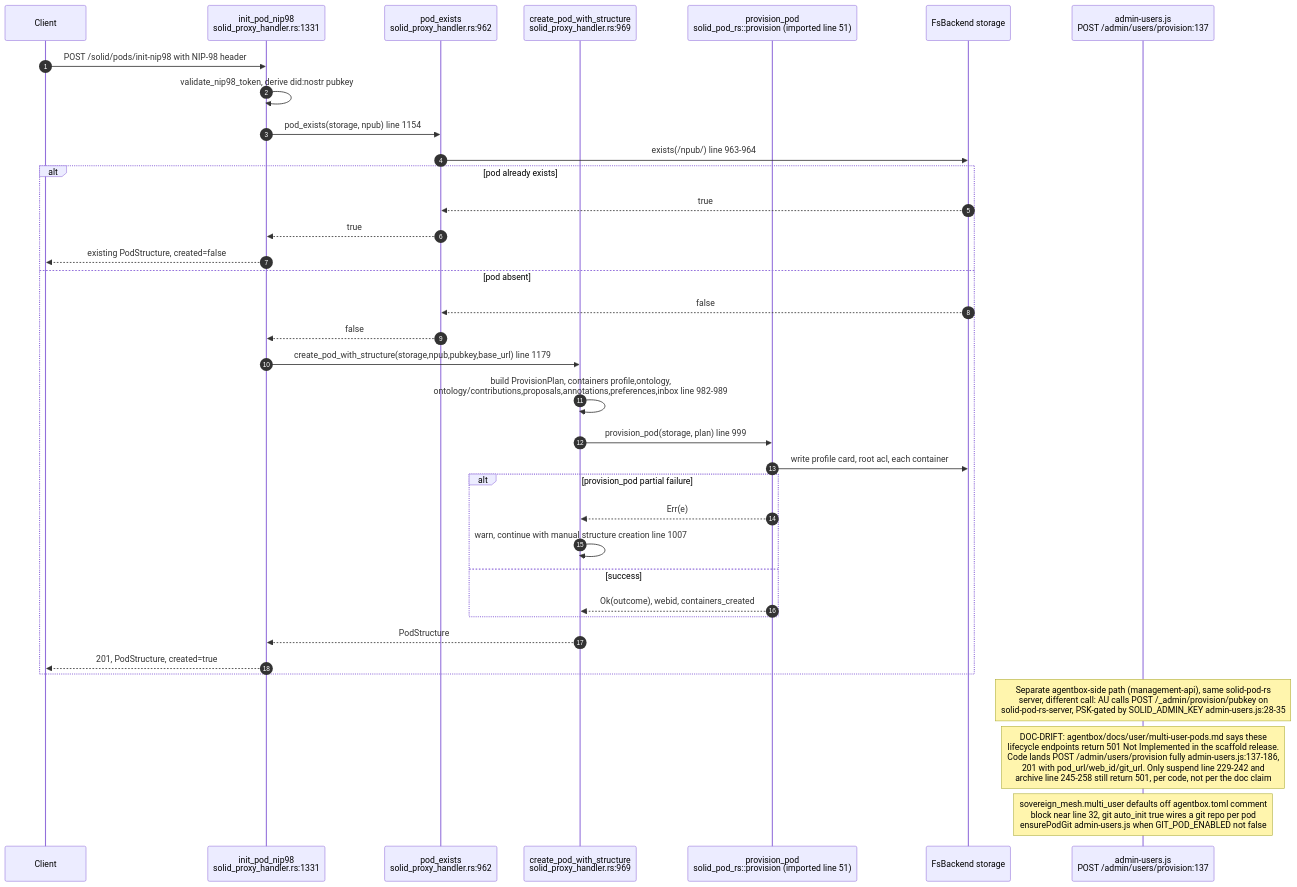
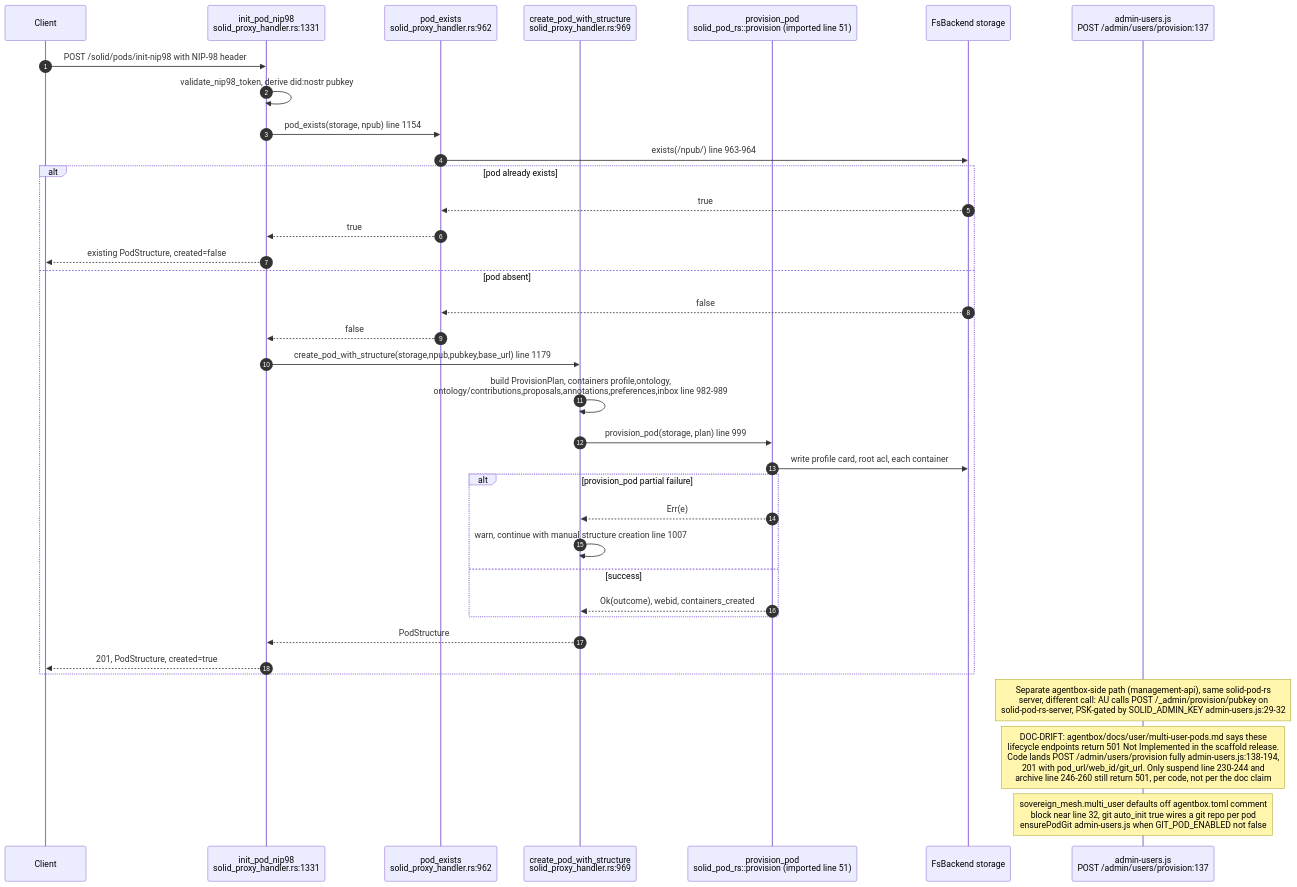
One commit to DreamLab-AI/VisionFlow changed the fifth of 13 diagrams in docs/diagrams/estate/08-solid-pod-estate.md. Above: the diagram before and after it, drawn with Mermaid. The commit also changed other lines of this file and 160 other files, not shown here.

````diff
--- a/docs/diagrams/estate/08-solid-pod-estate.md
+++ b/docs/diagrams/estate/08-solid-pod-estate.md
@@ -214,40 +218,40 @@
 ```mermaid
 sequenceDiagram
     autonumber
     participant CL as Client
     participant R as init_pod_nip98<br/>solid_proxy_handler.rs:1331
     participant PE as pod_exists<br/>solid_proxy_handler.rs:962
     participant CS as create_pod_with_structure<br/>solid_proxy_handler.rs:969
     participant PP as provision_pod<br/>solid_pod_rs::provision (imported line 51)
     participant FS as FsBackend storage
     participant AU as admin-users.js<br/>POST /admin/users/provision:137
 
     CL->>R: POST /solid/pods/init-nip98 with NIP-98 header
     R->>R: validate_nip98_token, derive did:nostr pubkey
     R->>PE: pod_exists(storage, npub) line 1154
     PE->>FS: exists(/npub/) line 963-964
     alt pod already exists
         FS-->>PE: true
         PE-->>R: true
         R-->>CL: existing PodStructure, created=false
     else pod absent
         FS-->>PE: false
         PE-->>R: false
         R->>CS: create_pod_with_structure(storage,npub,pubkey,base_url) line 1179
         CS->>CS: build ProvisionPlan, containers profile,ontology,<br/>ontology/contributions,proposals,annotations,preferences,inbox line 982-989
         CS->>PP: provision_pod(storage, plan) line 999
         PP->>FS: write profile card, root acl, each container
         alt provision_pod partial failure
             PP-->>CS: Err(e)
             CS->>CS: warn, continue with manual structure creation line 1007
         else success
             PP-->>CS: Ok(outcome), webid, containers_created
         end
         CS-->>R: PodStructure
         R-->>CL: 201, PodStructure, created=true
     end
 
-    Note over AU: Separate agentbox-side path (management-api), same solid-pod-rs<br/>server, different call: AU calls POST /_admin/provision/pubkey on<br/>solid-pod-rs-server, PSK-gated by SOLID_ADMIN_KEY admin-users.js:28-35
-    Note over AU: DOC-DRIFT: agentbox/docs/user/multi-user-pods.md says these<br/>lifecycle endpoints return 501 Not Implemented in the scaffold release.<br/>Code lands POST /admin/users/provision fully admin-users.js:137-186,<br/>201 with pod_url/web_id/git_url. Only suspend line 229-242 and<br/>archive line 245-258 still return 501, per code, not per the doc claim
+    Note over AU: Separate agentbox-side path (management-api), same solid-pod-rs<br/>server, different call: AU calls POST /_admin/provision/pubkey on<br/>solid-pod-rs-server, PSK-gated by SOLID_ADMIN_KEY admin-users.js:29-32
+    Note over AU: DOC-DRIFT: agentbox/docs/user/multi-user-pods.md says these<br/>lifecycle endpoints return 501 Not Implemented in the scaffold release.<br/>Code lands POST /admin/users/provision fully admin-users.js:138-194,<br/>201 with pod_url/web_id/git_url. Only suspend line 230-244 and<br/>archive line 246-260 still return 501, per code, not per the doc claim
     Note over AU: sovereign_mesh.multi_user defaults off agentbox.toml comment<br/>block near line 32, git auto_init true wires a git repo per pod<br/>ensurePodGit admin-users.js when GIT_POD_ENABLED not false
 ```
````
